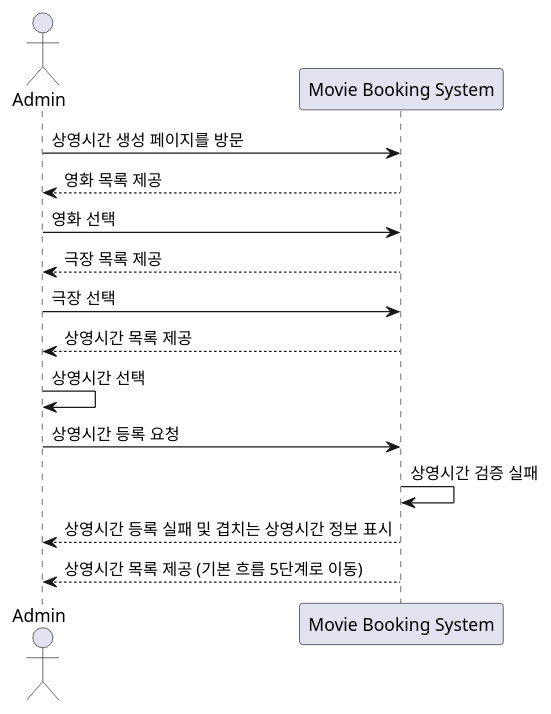
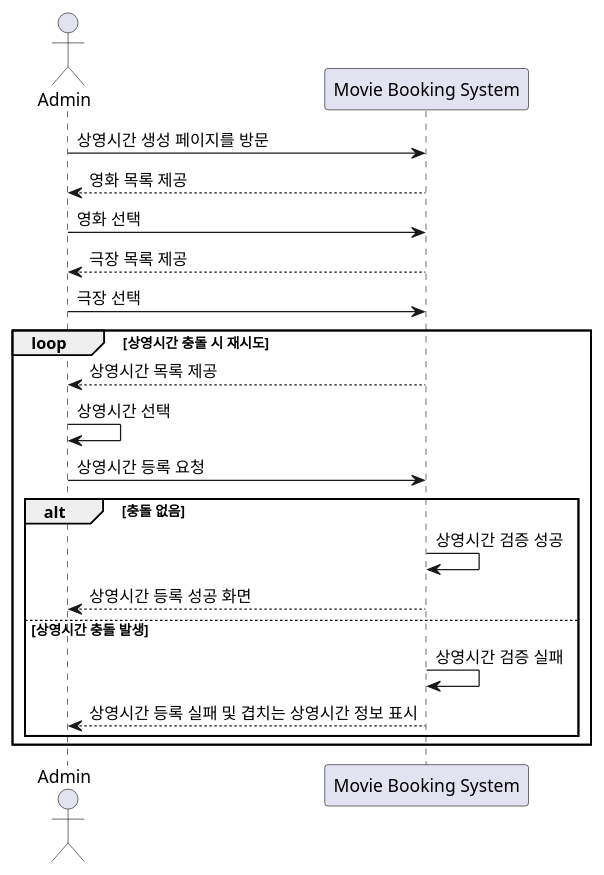
Before and after one commit to mannercode/mannercode.github.io: the fourth of 13 diagrams in _posts/2025-05-01-movie-booking-system-2.md, drawn with PlantUML. The commit also changed other lines of this file and 8 other files, not shown here.

```diff
--- a/_posts/2025-05-01-movie-booking-system-2.md
+++ b/_posts/2025-05-01-movie-booking-system-2.md
@@ -165,24 +163,30 @@
 {% plantuml %}
 @startuml
 actor Admin
 participant "Movie Booking System" as mbs
 
 Admin -> mbs:  상영시간 생성 페이지를 방문
 Admin <-- mbs:  영화 목록 제공
 
 Admin -> mbs:  영화 선택
 Admin <-- mbs: 극장 목록 제공
 
 Admin -> mbs:  극장 선택
-Admin <-- mbs: 상영시간 목록 제공
 
-Admin -> Admin:  상영시간 선택
-Admin -> mbs:  상영시간 등록 요청
+loop 상영시간 충돌 시 재시도
+    Admin <-- mbs: 상영시간 목록 제공
 
-mbs -> mbs:  상영시간 검증 실패
+    Admin -> Admin:  상영시간 선택
+    Admin -> mbs:  상영시간 등록 요청
 
-Admin <-- mbs: 상영시간 등록 실패 및 겹치는 상영시간 정보 표시
-Admin <-- mbs: 상영시간 목록 제공 (기본 흐름 5단계로 이동)
+    alt 충돌 없음
+        mbs -> mbs:  상영시간 검증 성공
+        Admin <-- mbs: 상영시간 등록 성공 화면
+    else 상영시간 충돌 발생
+        mbs -> mbs:  상영시간 검증 실패
 
+        Admin <-- mbs: 상영시간 등록 실패 및 겹치는 상영시간 정보 표시
+    end
+end
 @enduml
 {% endplantuml %}
```
